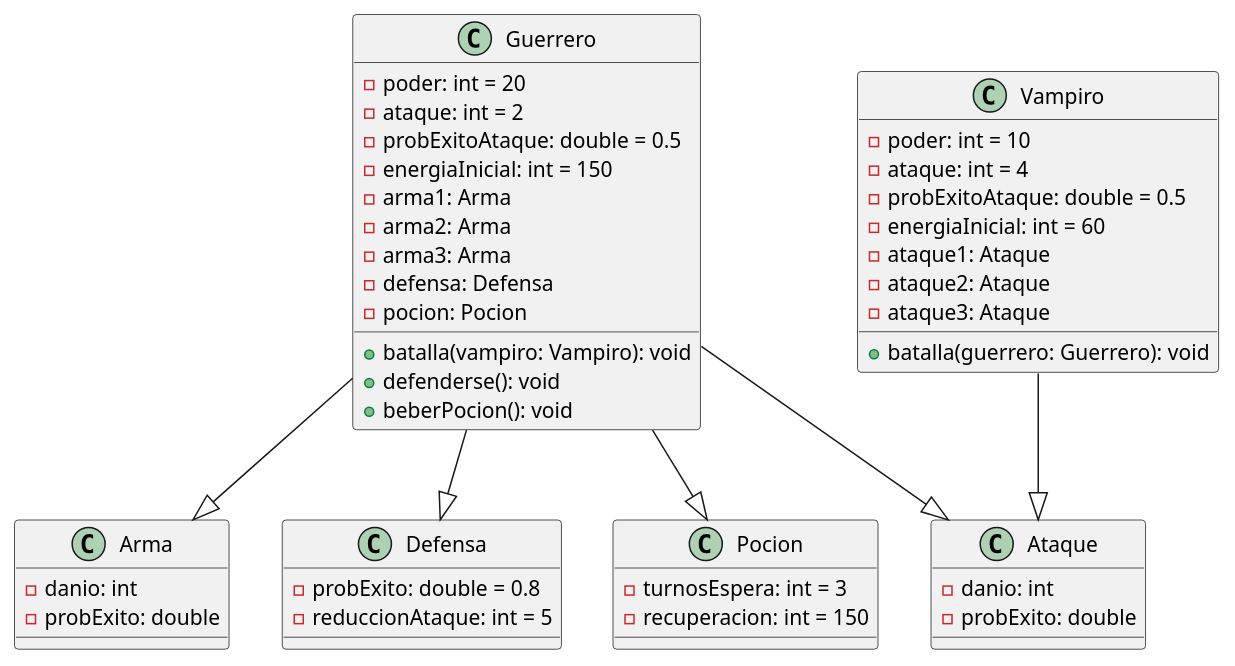
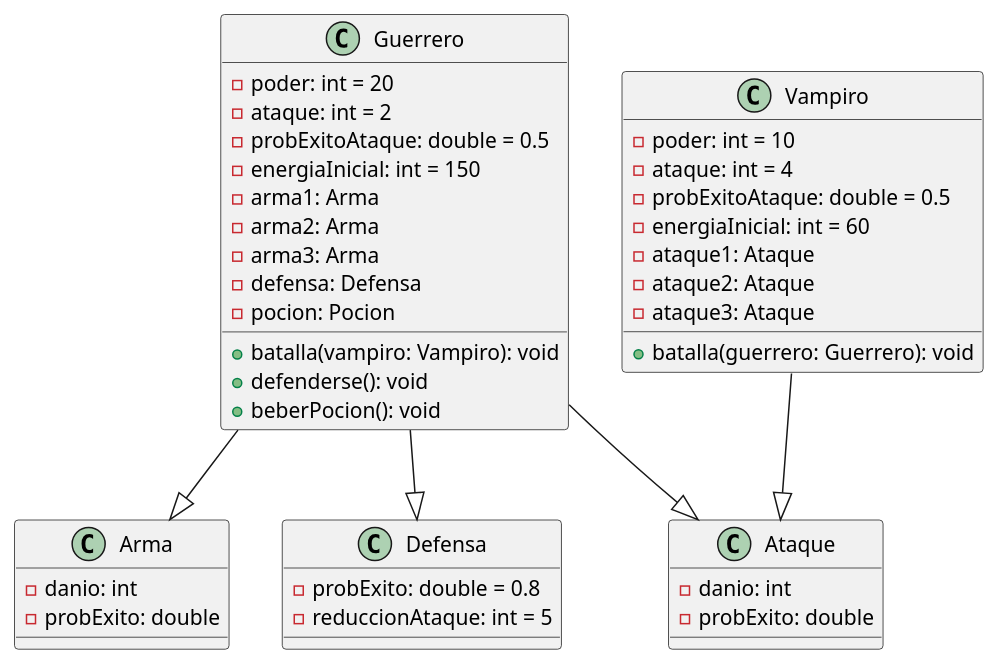
Before and after one commit to mmasias/23-24-IdSw2-SDD: the diagram in modelosUML/diagramaDeClases.puml, drawn with PlantUML. The commit also changed 2 other files, not shown here.

Commit message:
Update diagrama de clases

```diff
--- a/modelosUML/diagramaDeClases.puml
+++ b/modelosUML/diagramaDeClases.puml
@@ -1,56 +1,50 @@
 @startuml
 
 class Guerrero {
   - poder: int = 20
   - ataque: int = 2
   - probExitoAtaque: double = 0.5
   - energiaInicial: int = 150
   - arma1: Arma
   - arma2: Arma
   - arma3: Arma
   - defensa: Defensa
   - pocion: Pocion
   + batalla(vampiro: Vampiro): void
   + defenderse(): void
   + beberPocion(): void
 }
 
 class Vampiro {
   - poder: int = 10
   - ataque: int = 4
   - probExitoAtaque: double = 0.5
   - energiaInicial: int = 60
   - ataque1: Ataque
   - ataque2: Ataque
   - ataque3: Ataque
   + batalla(guerrero: Guerrero): void
 }
 
 class Arma {
   - danio: int
   - probExito: double
 }
 
 class Defensa {
   - probExito: double = 0.8
   - reduccionAtaque: int = 5
 }
 
-class Pocion {
-  - turnosEspera: int = 3
-  - recuperacion: int = 150
-}
-
 class Ataque {
   - danio: int
   - probExito: double
 }
 
 Guerrero --|> Arma
 Guerrero --|> Defensa
-Guerrero --|> Pocion
 Guerrero --|> Ataque
 
 Vampiro --|> Ataque
 
 @enduml
```
